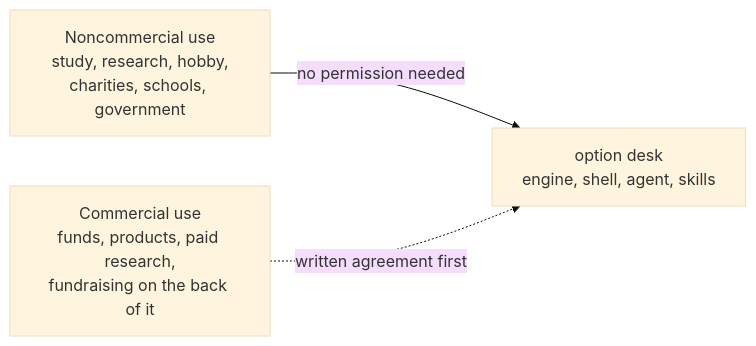
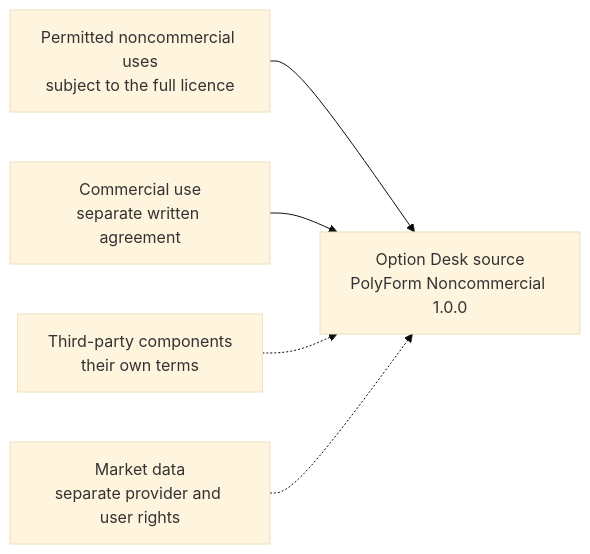
The ninth of 9 diagrams in docs/wiki/Architecture.md (Iman/agent-driven-options-desk-and-skills), drawn with Mermaid (base theme) before and after one commit. The commit also changed other lines of this file and 51 other files, not shown here.

Commit message:
Refresh architecture diagrams and document the research algorithm

````diff
--- a/docs/wiki/Architecture.md
+++ b/docs/wiki/Architecture.md
@@ -268,9 +245,7 @@
 ```mermaid
 flowchart LR
-    free["Noncommercial use<br/>study, research, hobby,<br/>charities, schools, government"]
-    work["option desk<br/>engine, shell, agent, skills"]
-    paid["Commercial use<br/>funds, products, paid research,<br/>fundraising on the back of it"]
-
-    free -->|"no permission needed"| work
-    paid -.->|"written agreement first"| work
+    nc["Permitted noncommercial uses<br/>subject to the full licence"] --> work["Option Desk source<br/>PolyForm Noncommercial 1.0.0"]
+    commercial["Commercial use<br/>separate written agreement"] --> work
+    third["Third-party components<br/>their own terms"] -.-> work
+    data["Market data<br/>separate provider and user rights"] -.-> work
 ```
````
